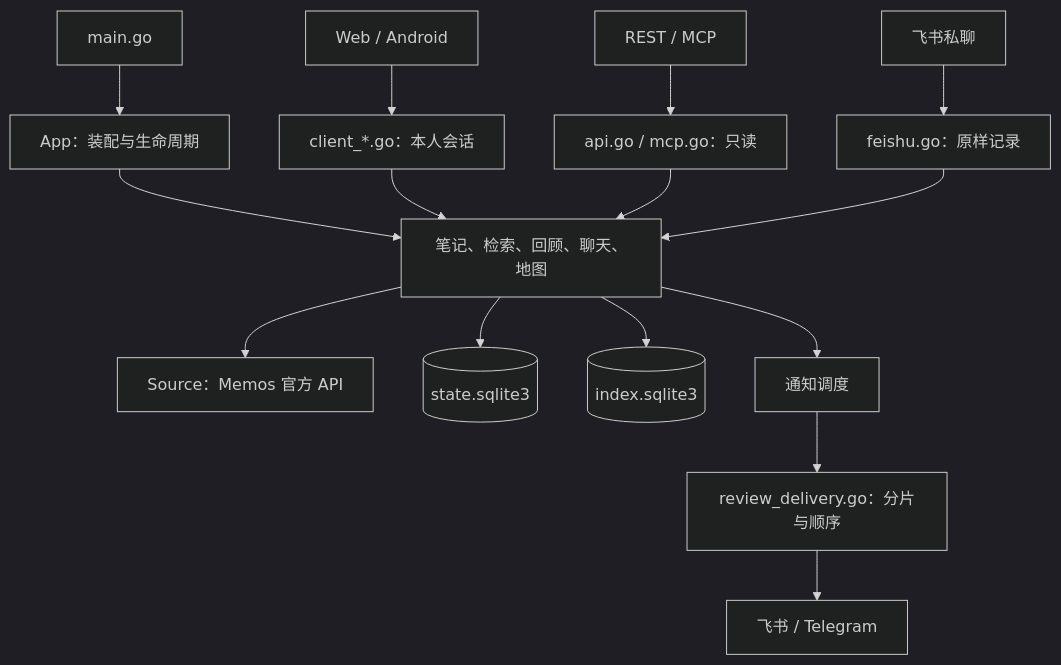
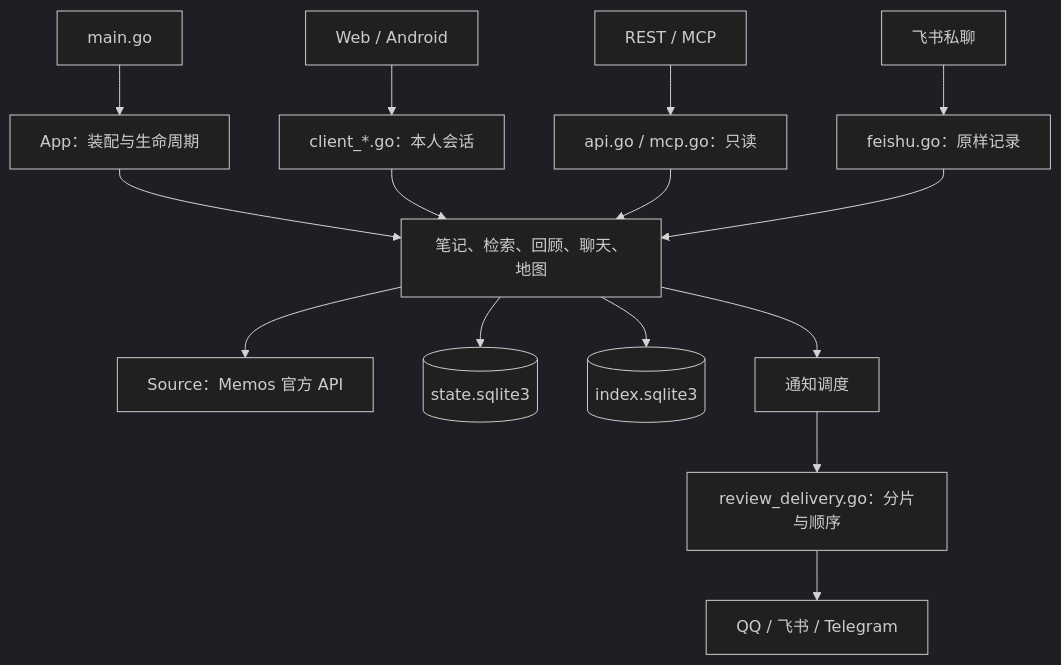
One commit to Fermin214/Moerise changed the diagram in docs/CODEBASE.md. Above: the diagram before and after it, drawn with Mermaid (dark theme). The commit also changed other lines of this file and 76 other files, not shown here.

````diff
--- a/docs/CODEBASE.md
+++ b/docs/CODEBASE.md
@@ -16,17 +16,17 @@
 ```mermaid
 flowchart TD
     Main["main.go"] --> App["App：装配与生命周期"]
     Web["Web / Android"] --> Client["client_*.go：本人会话"]
     External["REST / MCP"] --> ReadOnly["api.go / mcp.go：只读"]
     Feishu["飞书私聊"] --> Capture["feishu.go：原样记录"]
     App --> Services["笔记、检索、回顾、聊天、地图"]
     Client --> Services
     ReadOnly --> Services
     Capture --> Services
     Services --> Source["Source：Memos 官方 API"]
     Services --> State[("state.sqlite3")]
     Services --> Index[("index.sqlite3")]
     Schedule["通知调度"] --> Delivery["review_delivery.go：分片与顺序"]
     Services --> Schedule
-    Delivery --> Channels["飞书 / Telegram"]
+    Delivery --> Channels["QQ / 飞书 / Telegram"]
 ```
````
